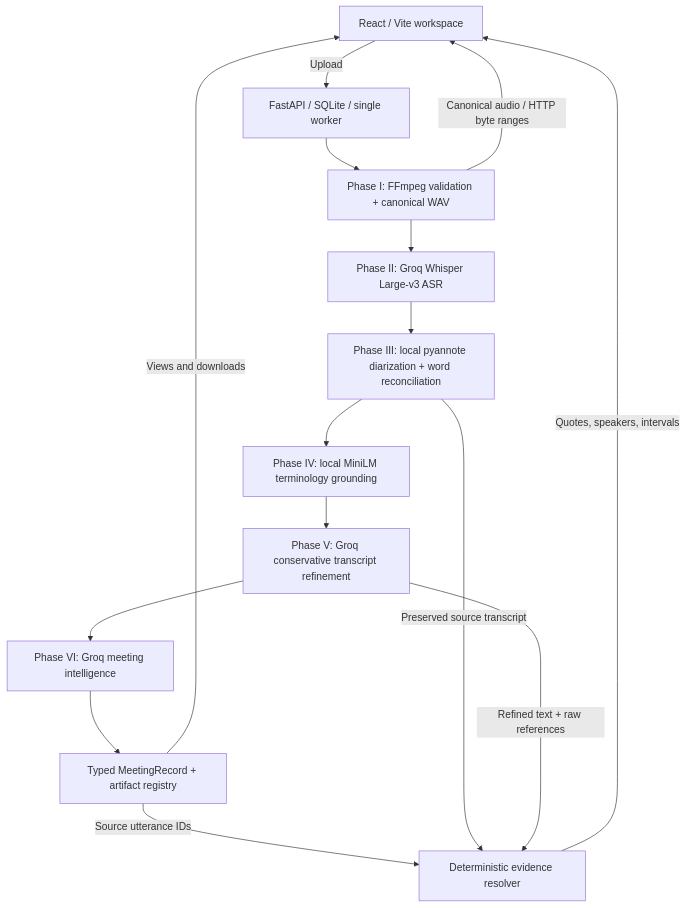
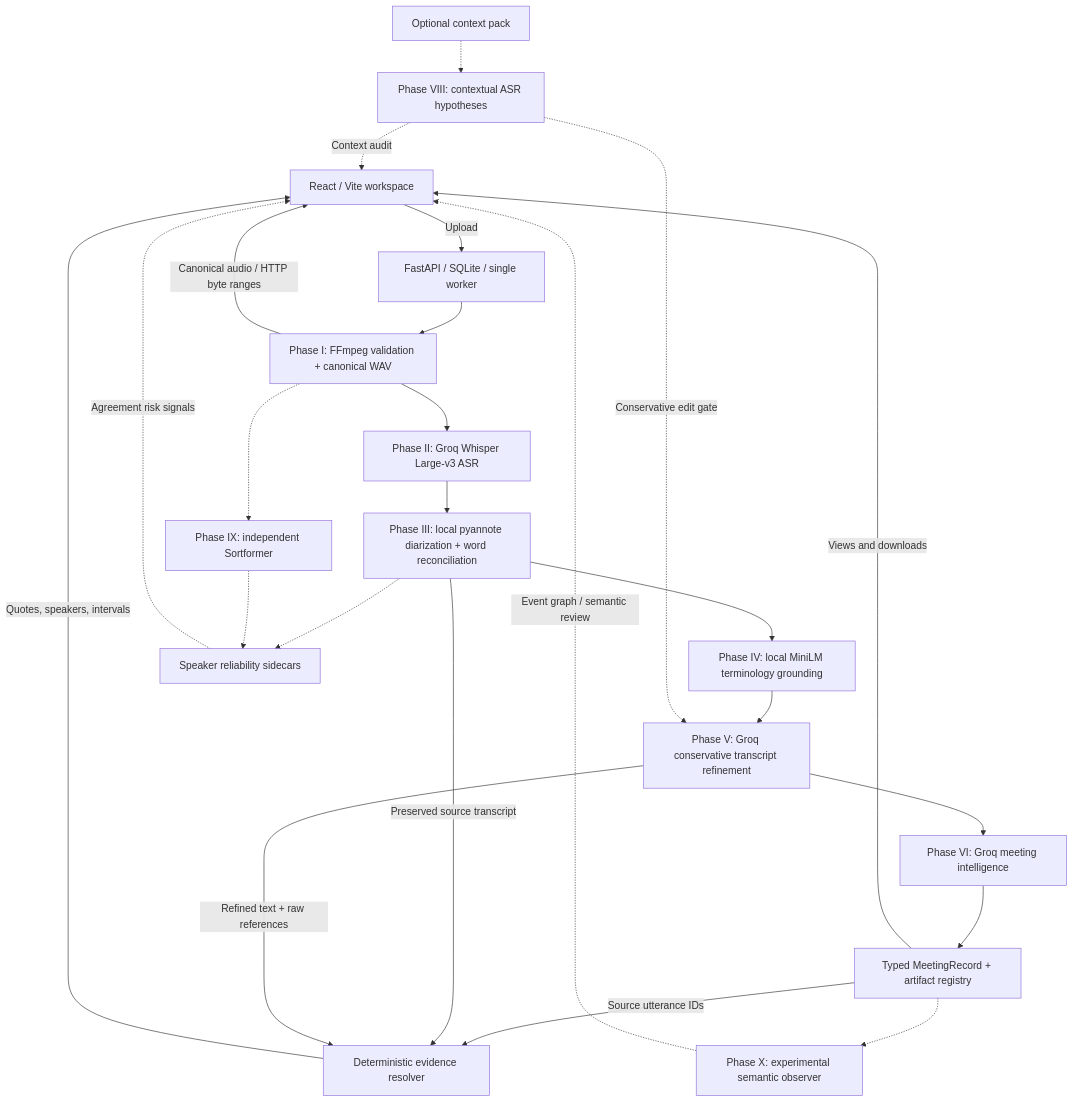
Before and after one commit to preyash309/InterIITBootCampML-2026: the diagram in README.md, drawn with Mermaid. The commit also changed other lines of this file and 120 other files, not shown here.

Commit message:
Add trust-aware meeting reliability and review layers

````diff
--- a/README.md
+++ b/README.md
@@ -43,17 +61,26 @@
 ```mermaid
 flowchart TD
     UI[React / Vite workspace] -->|Upload| API[FastAPI / SQLite / single worker]
     API --> A[Phase I: FFmpeg validation + canonical WAV]
     A --> B[Phase II: Groq Whisper Large-v3 ASR]
     B --> C[Phase III: local pyannote diarization + word reconciliation]
     C --> D[Phase IV: local MiniLM terminology grounding]
     D --> E[Phase V: Groq conservative transcript refinement]
     E --> F[Phase VI: Groq meeting intelligence]
     F --> R[Typed MeetingRecord + artifact registry]
     R -->|Views and downloads| UI
     R -->|Source utterance IDs| V[Deterministic evidence resolver]
     C -->|Preserved source transcript| V
     E -->|Refined text + raw references| V
     V -->|Quotes, speakers, intervals| UI
     A -->|Canonical audio / HTTP byte ranges| UI
+    CP[Optional context pack] -.-> CA[Phase VIII: contextual ASR hypotheses]
+    CA -.->|Conservative edit gate| E
+    A -.-> SF[Phase IX: independent Sortformer]
+    C -.-> SR[Speaker reliability sidecars]
+    SF -.-> SR
+    R -.-> SO[Phase X: experimental semantic observer]
+    SO -.->|Event graph / semantic review| UI
+    SR -.->|Agreement risk signals| UI
+    CA -.->|Context audit| UI
 ```
````
